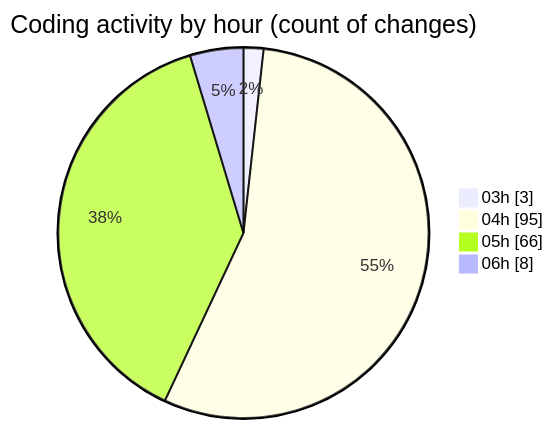
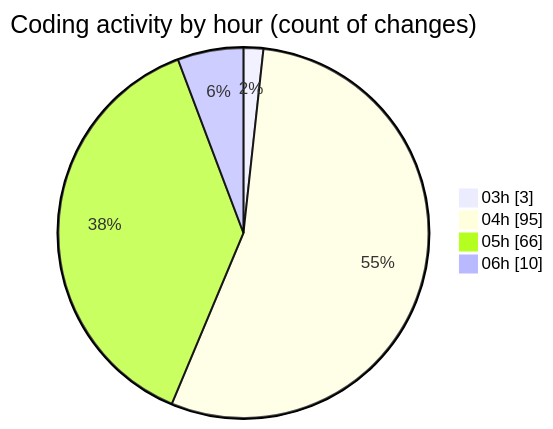
Before and after one commit to ernivani/code-tracking: the second of 2 diagrams in 2025-01-03/tinycms/README.md, drawn with Mermaid. The commit also changed other lines of this file and 3 other files, not shown here.

````diff
--- a/2025-01-03/tinycms/README.md
+++ b/2025-01-03/tinycms/README.md
@@ -62,8 +62,8 @@
 ```mermaid
 pie showData
 title Coding activity by hour (count of changes)
 "03h" : 3
 "04h" : 95
 "05h" : 66
-"06h" : 8
+"06h" : 10
 ```
````
